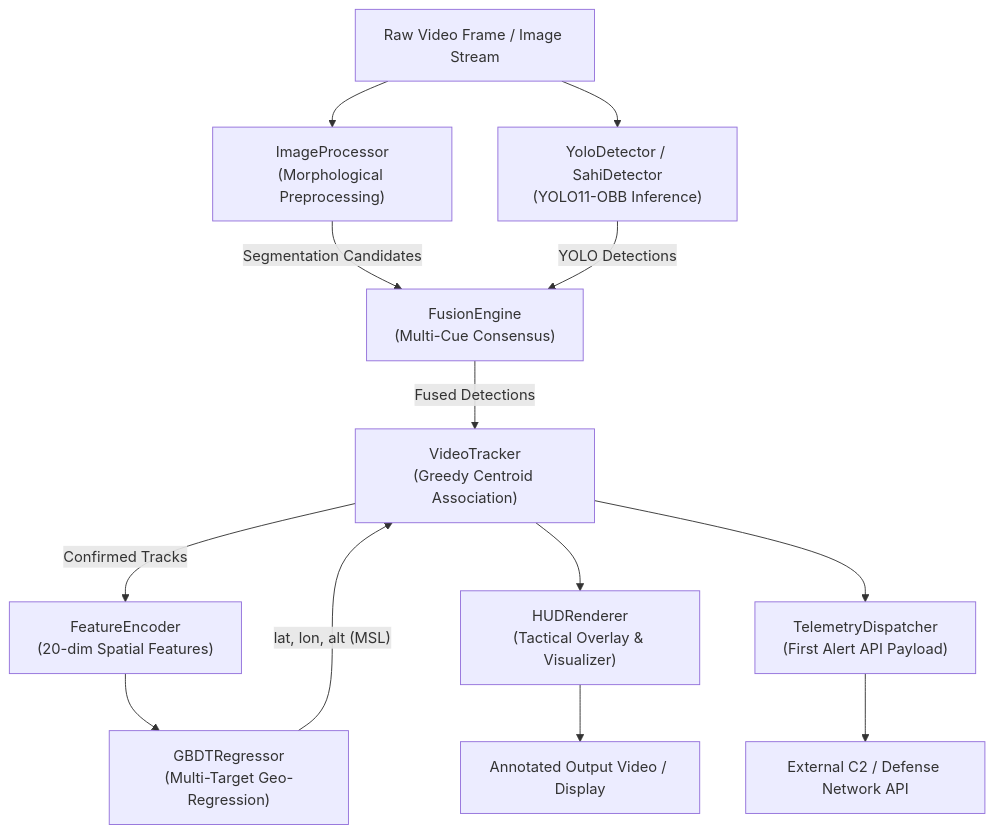
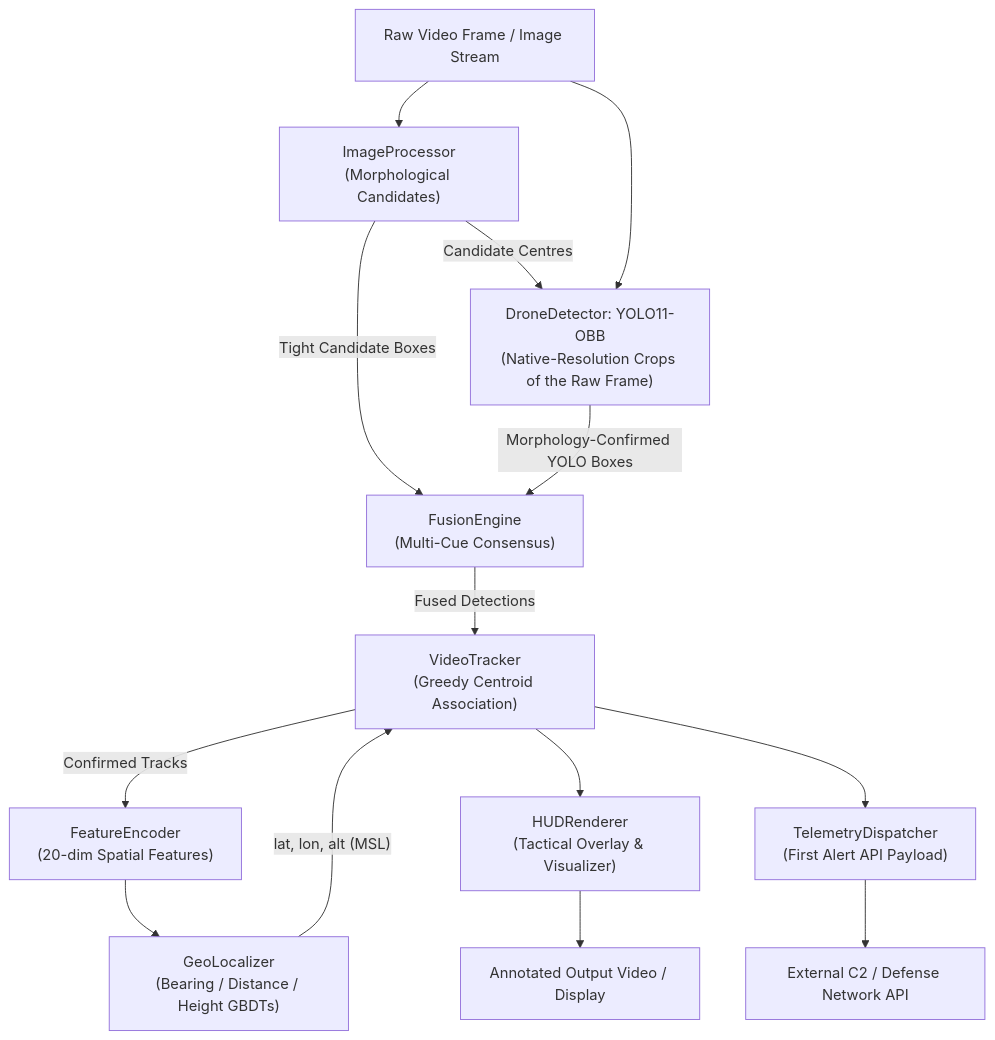
One commit to PS-Open-Fruit/AI-Drone-Detection changed the first of 2 diagrams in docs/architecture.md. Above: the diagram before and after it, drawn with Mermaid. The commit also changed other lines of this file and 8 other files, not shown here.

````diff
--- a/docs/architecture.md
+++ b/docs/architecture.md
@@ -9,20 +9,20 @@
 ```mermaid
 flowchart TD
-    A["Raw Video Frame / Image Stream"] --> B["ImageProcessor\n(Morphological Preprocessing)"]
-    A --> C["YoloDetector / SahiDetector\n(YOLO11-OBB Inference)"]
-    
-    B -->|"Segmentation Candidates"| D["FusionEngine\n(Multi-Cue Consensus)"]
-    C -->|"YOLO Detections"| D
+    A["Raw Video Frame / Image Stream"] --> B["ImageProcessor\n(Morphological Candidates)"]
+    B -->|"Candidate Centres"| C["DroneDetector: YOLO11-OBB\n(Native-Resolution Crops of the Raw Frame)"]
+    A --> C
+    B -->|"Tight Candidate Boxes"| D["FusionEngine\n(Multi-Cue Consensus)"]
+    C -->|"Morphology-Confirmed YOLO Boxes"| D
     
     D -->|"Fused Detections"| E["VideoTracker\n(Greedy Centroid Association)"]
     E -->|"Confirmed Tracks"| F["FeatureEncoder\n(20-dim Spatial Features)"]
     
-    F --> G["GBDTRegressor\n(Multi-Target Geo-Regression)"]
+    F --> G["GeoLocalizer\n(Bearing / Distance / Height GBDTs)"]
     G -->|"lat, lon, alt (MSL)"| E
     
     E --> H["HUDRenderer\n(Tactical Overlay & Visualizer)"]
     E --> I["TelemetryDispatcher\n(First Alert API Payload)"]
     
     H --> J["Annotated Output Video / Display"]
     I --> K["External C2 / Defense Network API"]
 ```
````
